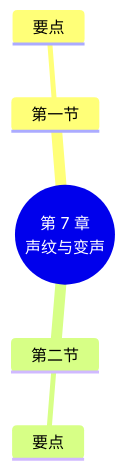
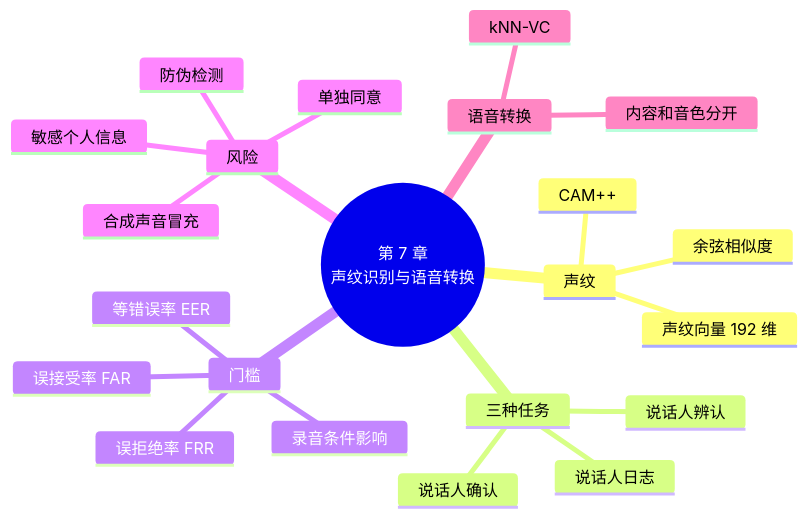
One commit to MingziFu9/speech-textbook changed the fourth of 4 diagrams in docs/chapters/07-speaker/index.md. Above: the diagram before and after it, drawn with Mermaid. The commit also changed other lines of this file and 51 other files, not shown here.

First line of the commit message:
第 7 章 声纹识别与语音转换：相似度、声纹登录（FAR/FRR/EER、电话音质）、说话人日志纪要（实测）、kNN-VC（待实测）；声纹地图、门槛与两种错误动画；10 个术语、20 题

````diff
--- a/docs/chapters/07-speaker/index.md
+++ b/docs/chapters/07-speaker/index.md
@@ -227,8 +750,25 @@
 ```mermaid
 mindmap
-  root((第 7 章<br/>声纹与变声))
-    第一节
-      要点
-    第二节
-      要点
+  root((第 7 章<br/>声纹识别与语音转换))
+    声纹
+      声纹向量 192 维
+      CAM++
+      余弦相似度
+    三种任务
+      说话人确认
+      说话人辨认
+      说话人日志
+    门槛
+      误接受率 FAR
+      误拒绝率 FRR
+      等错误率 EER
+      录音条件影响
+    风险
+      合成声音冒充
+      防伪检测
+      敏感个人信息
+      单独同意
+    语音转换
+      内容和音色分开
+      kNN-VC
 ```
````
